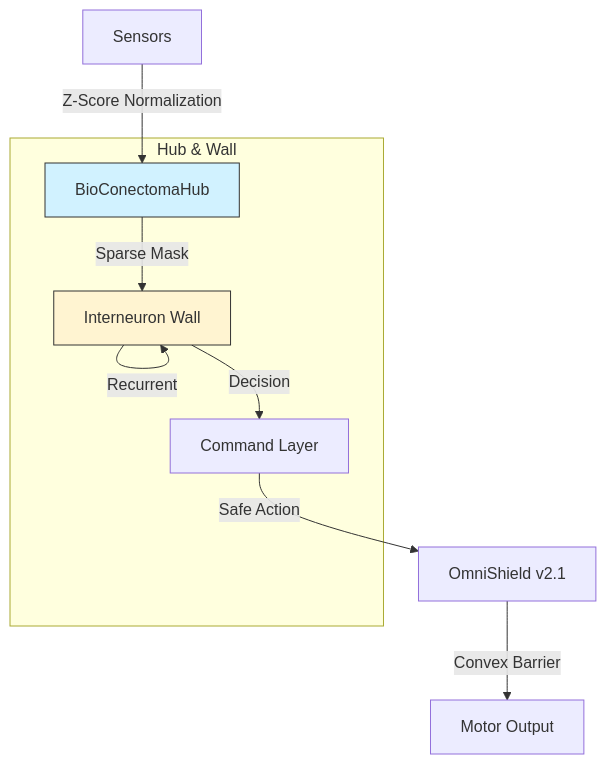
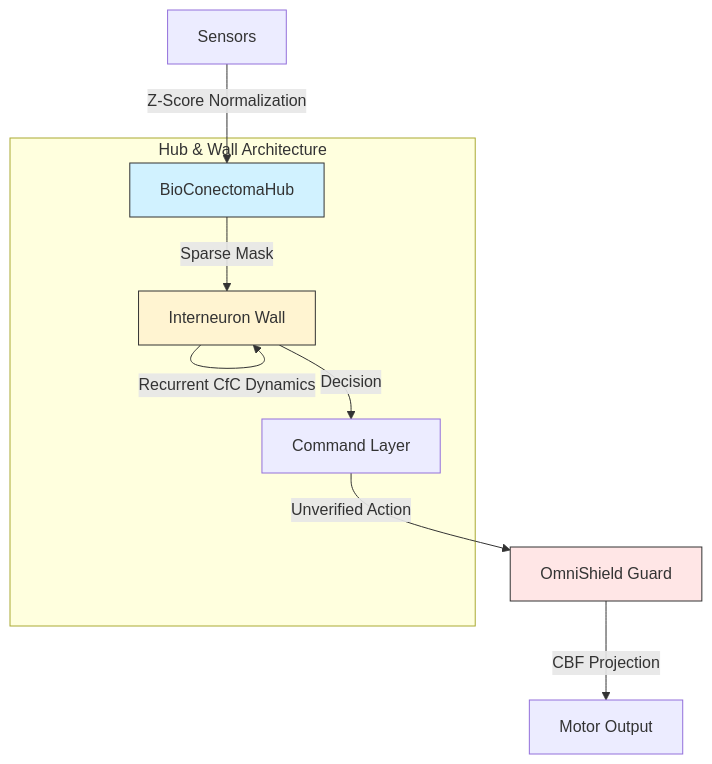
One commit to Mrmyms/Omnitrain changed the diagram in README.md. Above: the diagram before and after it, drawn with Mermaid. The commit also changed other lines of this file and 24 other files, not shown here.

````diff
--- a/README.md
+++ b/README.md
@@ -100,13 +84,15 @@
 ```mermaid
 graph TD
     S1[Sensors] -->|Z-Score Normalization| H[BioConectomaHub]
-    subgraph "Hub & Wall"
+    subgraph "Hub & Wall Architecture"
         H -->|Sparse Mask| W[Interneuron Wall]
-        W -->|Recurrent| W
+        W -->|Recurrent CfC Dynamics| W
         W -->|Decision| C[Command Layer]
     end
-    C -->|Safe Action| SG[OmniShield v2.1]
-    SG -->|Convex Barrier| M[Motor Output]
+    C -->|Unverified Action| SG[OmniShield Guard]
+    SG -->|CBF Projection| M[Motor Output]
+    
     style H fill:#d1f2ff,stroke:#333
     style W fill:#fff4d1,stroke:#333
+    style SG fill:#ffe6e6,stroke:#333
 ```
````
